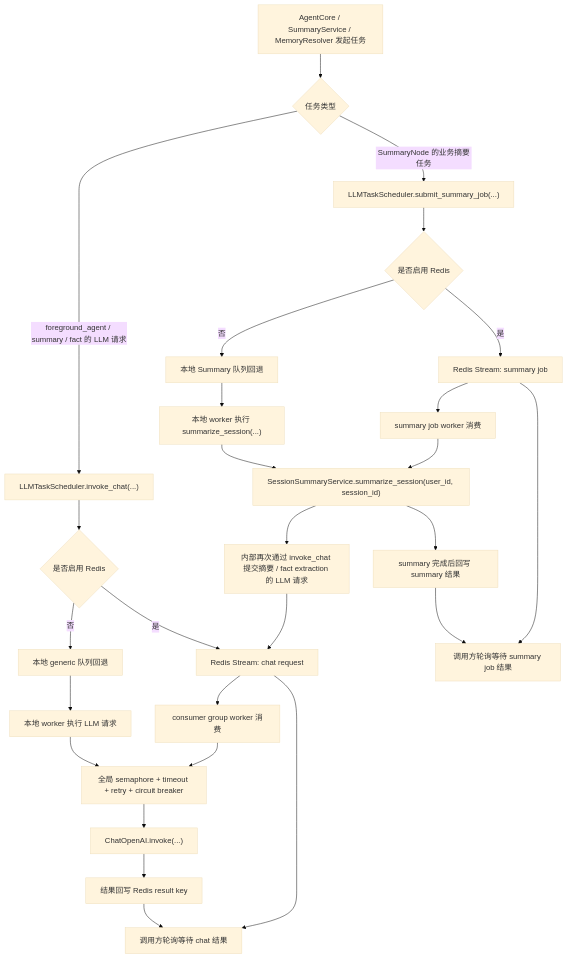
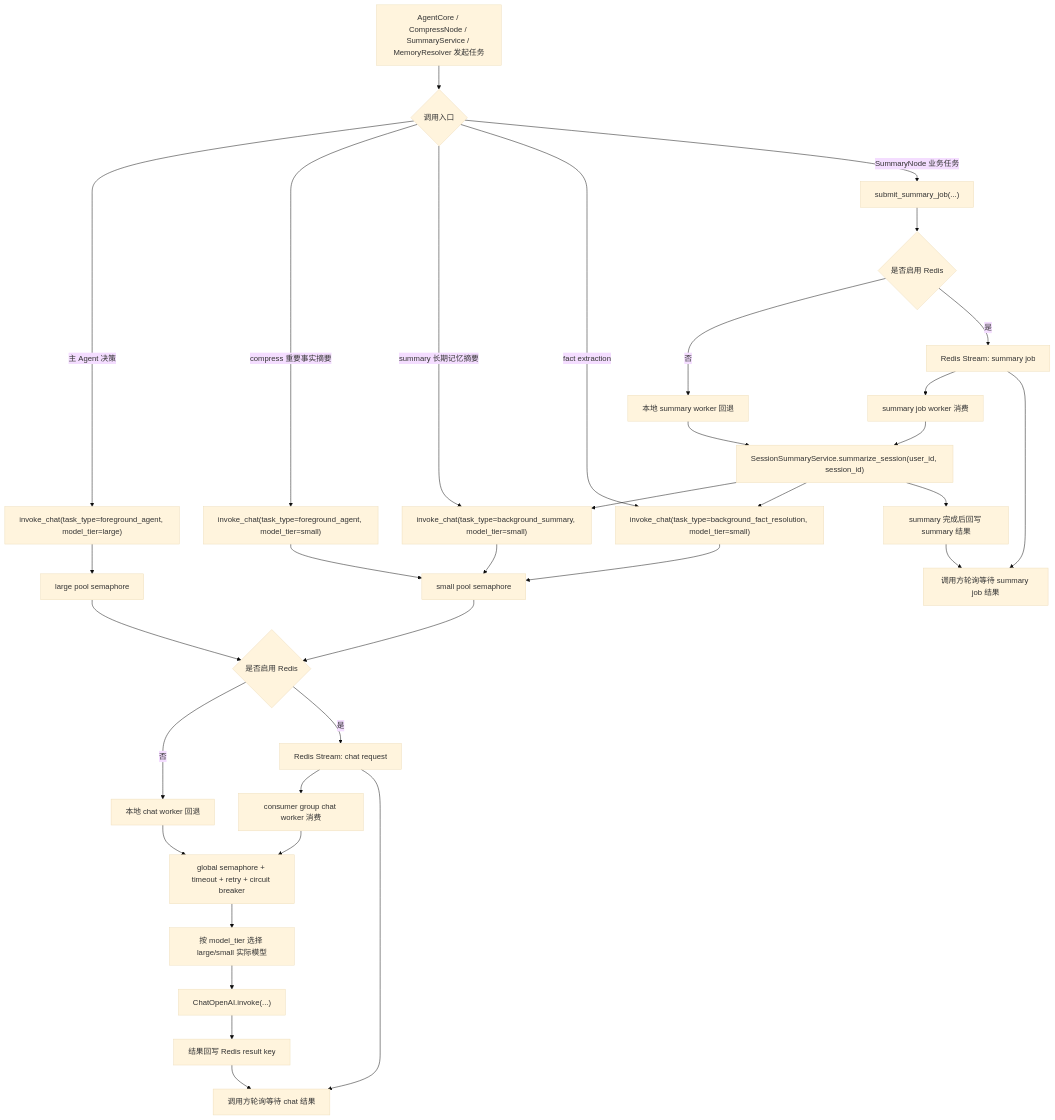
The sixth of 6 diagrams in README.md (xiao-Huahuo/Agent-Core-Service), drawn with Mermaid (base theme) before and after one commit. The commit also changed other lines of this file and 16 other files, not shown here.

````diff
--- a/README.md
+++ b/README.md
@@ -113,36 +148,42 @@
 ```mermaid
 flowchart TD
-    A["AgentCore / SummaryService / MemoryResolver 发起任务"] --> B{"任务类型"}
-    B -->|"foreground_agent / summary / fact 的 LLM 请求"| C["LLMTaskScheduler.invoke_chat(...)"]
-    B -->|"SummaryNode 的业务摘要任务"| D["LLMTaskScheduler.submit_summary_job(...)"]
+    A["AgentCore / CompressNode / SummaryService / MemoryResolver 发起任务"] --> B{"调用入口"}
+    B -->|"主 Agent 决策"| C["invoke_chat(task_type=foreground_agent, model_tier=large)"]
+    B -->|"compress 重要事实摘要"| D["invoke_chat(task_type=foreground_agent, model_tier=small)"]
+    B -->|"summary 长期记忆摘要"| E["invoke_chat(task_type=background_summary, model_tier=small)"]
+    B -->|"fact extraction"| F["invoke_chat(task_type=background_fact_resolution, model_tier=small)"]
+    B -->|"SummaryNode 业务任务"| G["submit_summary_job(...)"]
 
-    C --> E{"是否启用 Redis"}
-    D --> F{"是否启用 Redis"}
+    C --> H["large pool semaphore"]
+    D --> I["small pool semaphore"]
+    E --> I
+    F --> I
 
-    E -->|"否"| G["本地 generic 队列回退"]
-    E -->|"是"| H["Redis Stream: chat request"]
-    F -->|"否"| I["本地 Summary 队列回退"]
-    F -->|"是"| J["Redis Stream: summary job"]
+    H --> J{"是否启用 Redis"}
+    I --> J
+    G --> K{"是否启用 Redis"}
 
-    H --> K["consumer group worker 消费"]
-    J --> L["summary job worker 消费"]
+    J -->|"否"| L["本地 chat worker 回退"]
+    J -->|"是"| M["Redis Stream: chat request"]
+    K -->|"否"| N["本地 summary worker 回退"]
+    K -->|"是"| O["Redis Stream: summary job"]
 
-    L --> M["SessionSummaryService.summarize_session(user_id, session_id)"]
-    M --> N["内部再次通过 invoke_chat 提交摘要 / fact extraction 的 LLM 请求"]
-    N --> H
+    M --> P["consumer group chat worker 消费"]
+    O --> Q["summary job worker 消费"]
+    Q --> R["SessionSummaryService.summarize_session(user_id, session_id)"]
+    R --> E
+    R --> F
 
-    K --> O["全局 semaphore + timeout + retry + circuit breaker"]
-    O --> P["ChatOpenAI.invoke(...)"]
-    P --> Q["结果回写 Redis result key"]
+    P --> S["global semaphore + timeout + retry + circuit breaker"]
+    L --> S
+    N --> R
+    S --> T["按 model_tier 选择 large/small 实际模型"]
+    T --> U["ChatOpenAI.invoke(...)"]
+    U --> V["结果回写 Redis result key"]
 
-    H --> R["调用方轮询等待 chat 结果"]
-    J --> S["调用方轮询等待 summary job 结果"]
-    Q --> R
-    M --> T["summary 完成后回写 summary 结果"]
-    T --> S
-
-    G --> U["本地 worker 执行 LLM 请求"]
-    I --> V["本地 worker 执行 summarize_session(...)"]
-    U --> O
-    V --> M
+    M --> W["调用方轮询等待 chat 结果"]
+    V --> W
+    O --> X["调用方轮询等待 summary job 结果"]
+    R --> Y["summary 完成后回写 summary 结果"]
+    Y --> X
 ```
````
